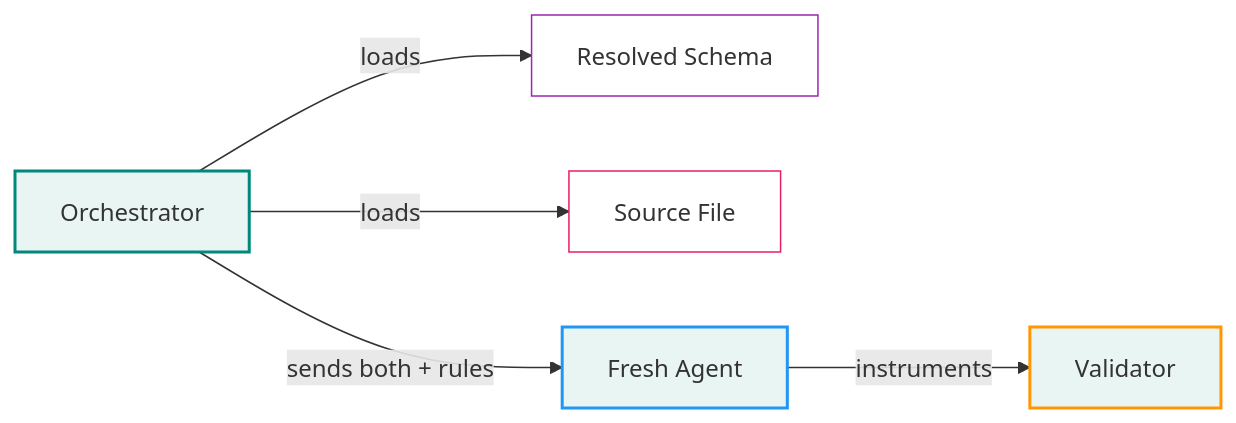
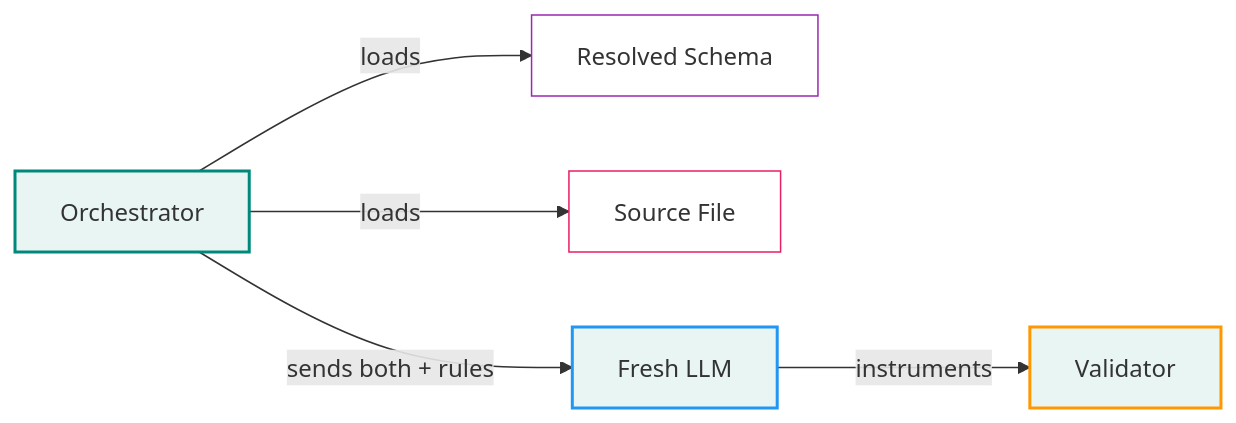
One commit to wiggitywhitney/spinybacked-orbweaver changed the third of 5 diagrams in talk/slides/index.qmd. Above: the diagram before and after it, drawn with Mermaid. The commit also changed other lines of this file and 4 other files, not shown here.

````diff
--- a/talk/slides/index.qmd
+++ b/talk/slides/index.qmd
@@ -695,13 +695,13 @@
 ```{mermaid}
 flowchart LR
   O["Orchestrator"] -->|"loads"| S["Resolved Schema"]
   O -->|"loads"| F["Source File"]
-  O -->|"sends both + rules"| A["Fresh Agent"]
+  O -->|"sends both + rules"| A["Fresh LLM"]
   A -->|"instruments"| V["Validator"]
 
   style O fill:#e8f5f3,stroke:#00897B,stroke-width:2px
   style S fill:none,stroke:#9C27B0
   style F fill:none,stroke:#E91E63
   style A fill:#e8f5f3,stroke:#2196F3,stroke-width:2px
   style V fill:#e8f5f3,stroke:#FF9800,stroke-width:2px
 ```
````
